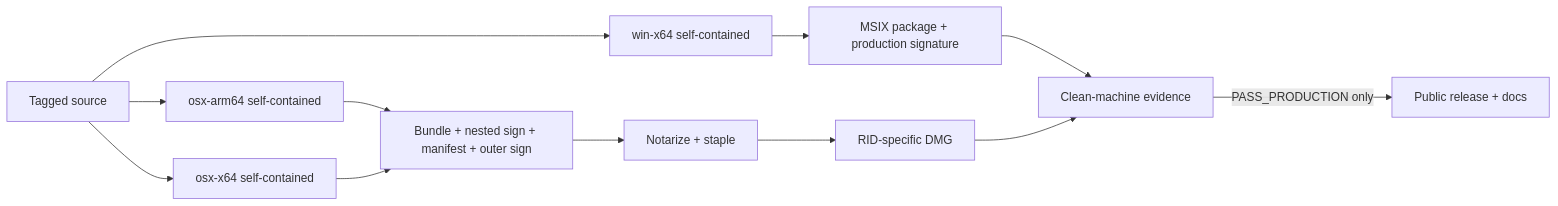
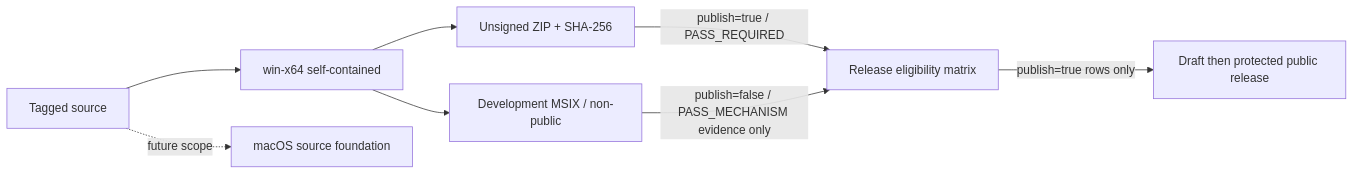
Before and after one commit to dahatake/StudyReport-Evaluator: the third of 3 diagrams in dev/docs/architecture.md, drawn with Mermaid. The commit also changed other lines of this file and 26 other files, not shown here.

````diff
--- a/dev/docs/architecture.md
+++ b/dev/docs/architecture.md
@@ -145,14 +146,10 @@
 ```mermaid
 flowchart LR
     Source[Tagged source] --> WinPublish[win-x64 self-contained]
-    Source --> MacArm[osx-arm64 self-contained]
-    Source --> MacX64[osx-x64 self-contained]
-    WinPublish --> MSIX[MSIX package + production signature]
-    MacArm --> MacSign[Bundle + nested sign + manifest + outer sign]
-    MacX64 --> MacSign
-    MacSign --> Notary[Notarize + staple]
-    Notary --> DMG[RID-specific DMG]
-    MSIX --> Matrix[Clean-machine evidence]
-    DMG --> Matrix
-    Matrix -->|PASS_PRODUCTION only| Release[Public release + docs]
+    WinPublish --> ZIP[Unsigned ZIP + SHA-256]
+    WinPublish --> DevMSIX[Development MSIX / non-public]
+    ZIP -->|publish=true / PASS_REQUIRED| Matrix[Release eligibility matrix]
+    DevMSIX -->|publish=false / PASS_MECHANISM evidence only| Matrix
+    Matrix -->|publish=true rows only| Release[Draft then protected public release]
+    Source -. future scope .-> Mac[macOS source foundation]
 ```
````
